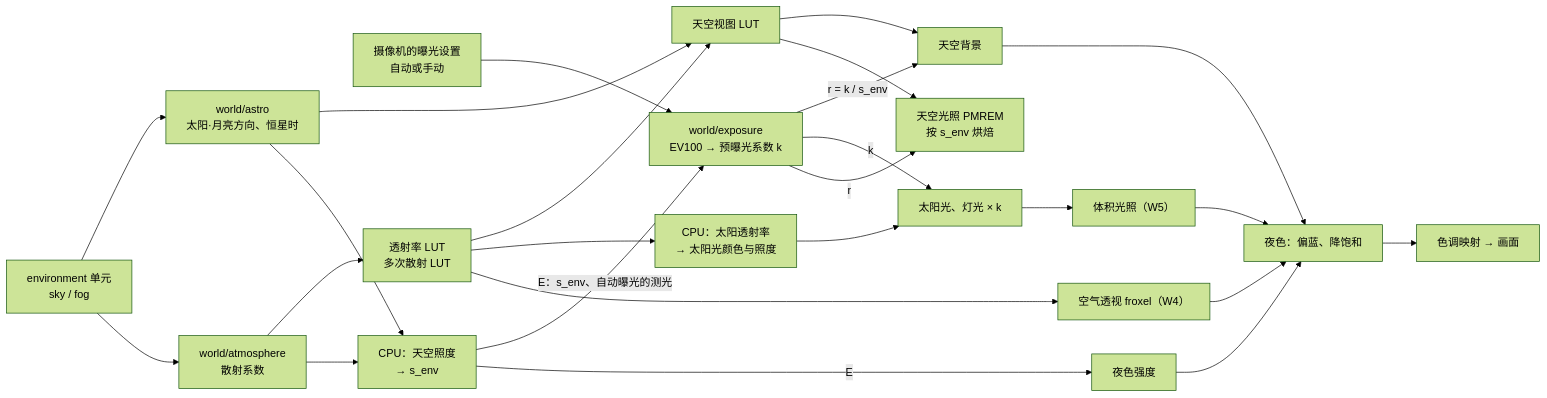
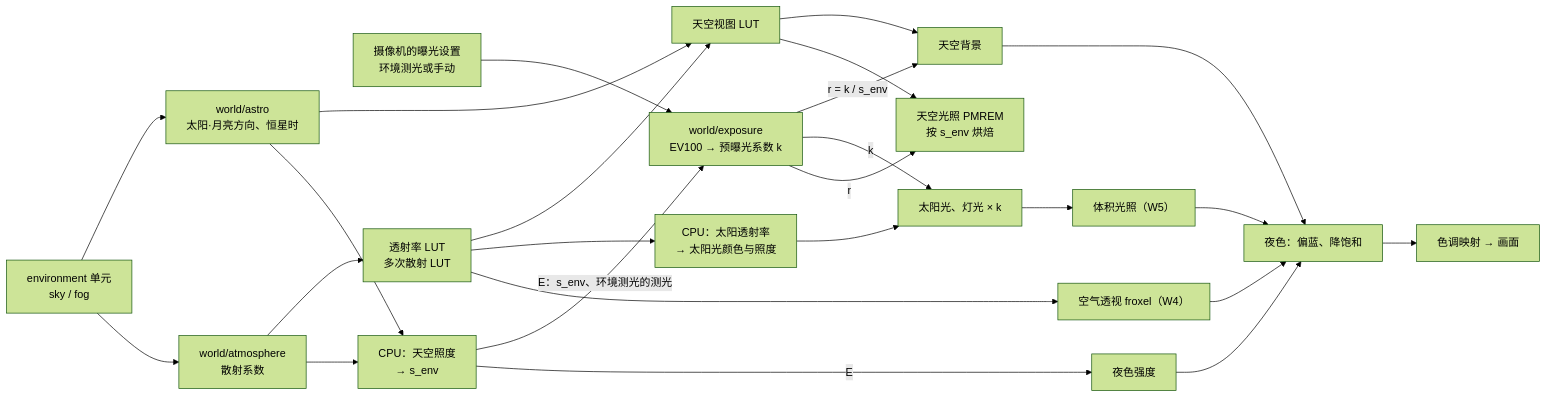
One commit to ltwin/customer_manage_platform changed the diagram in .lti/features/2026-10-22-scene-world-environment/design.md. Above: the diagram before and after it, drawn with Mermaid (forest theme). The commit also changed other lines of this file and 4 other files, not shown here.

First line of the commit message:
docs(scene-world-environment): Epic 修订 v6，压暗改直线并加低太阳压暗、「自动曝光」改称「环境测光」、截图回报曝光

````diff
--- a/.lti/features/2026-10-22-scene-world-environment/design.md
+++ b/.lti/features/2026-10-22-scene-world-environment/design.md
@@ -118,27 +120,27 @@
 ```mermaid
 flowchart LR
   env[environment 单元<br/>sky / fog] --> astro[world/astro<br/>太阳·月亮方向、恒星时]
-  cam[摄像机的曝光设置<br/>自动或手动] --> expo[world/exposure<br/>EV100 → 预曝光系数 k]
+  cam[摄像机的曝光设置<br/>环境测光或手动] --> expo[world/exposure<br/>EV100 → 预曝光系数 k]
   env --> atm[world/atmosphere<br/>散射系数]
   atm --> lut1[透射率 LUT<br/>多次散射 LUT]
   astro --> lut2[天空视图 LUT]
   lut1 --> lut2
   lut1 --> sunc[CPU：太阳透射率<br/>→ 太阳光颜色与照度]
   astro --> senv[CPU：天空照度<br/>→ s_env]
   atm --> senv
-  senv -->|E：s_env、自动曝光的测光| expo
+  senv -->|E：s_env、环境测光的测光| expo
   senv -->|E| look[夜色强度]
   expo -->|r = k / s_env| sky[天空背景]
   expo -->|k| lights[太阳光、灯光 × k]
   expo -->|r| pmrem[天空光照 PMREM<br/>按 s_env 烘焙]
   lut2 --> sky
   lut2 --> pmrem
   sunc --> lights
   lut1 --> ap[空气透视 froxel（W4）]
   lights --> vol[体积光照（W5）]
   sky --> look2[夜色：偏蓝、降饱和]
   look --> look2
   look2 --> out[色调映射 → 画面]
   ap --> look2
   vol --> look2
 ```
````
